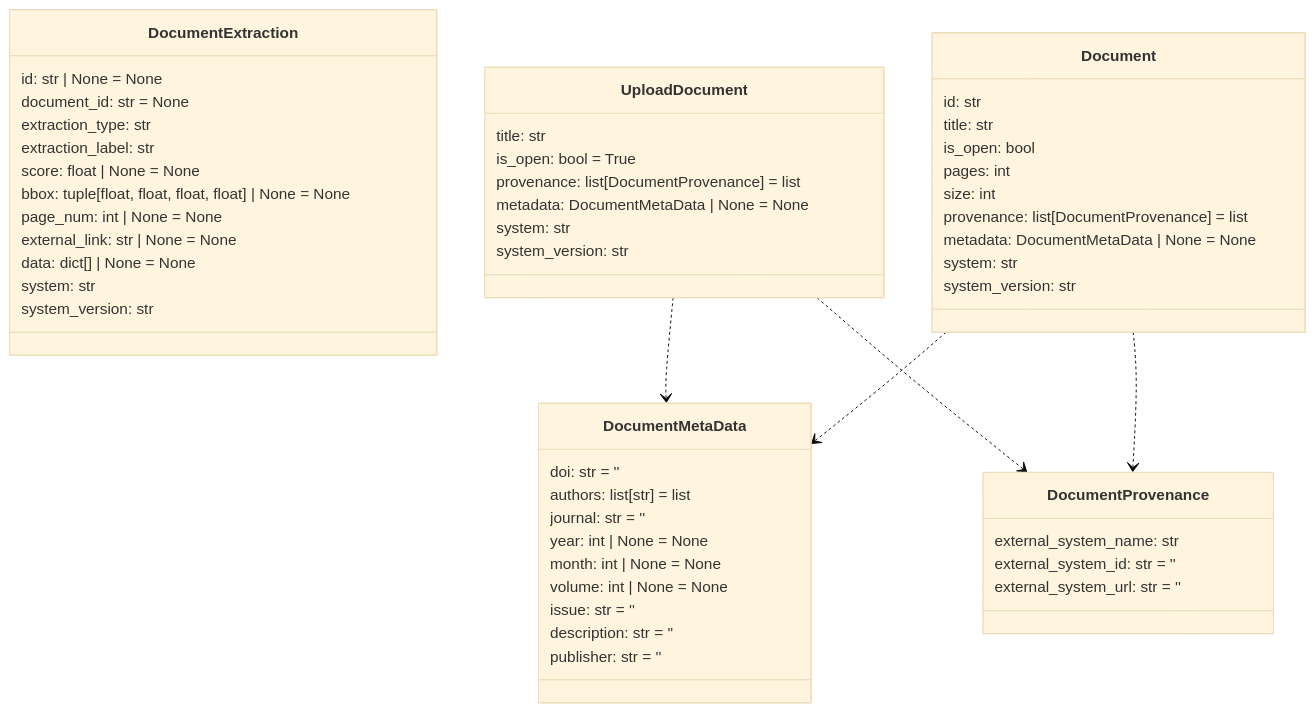
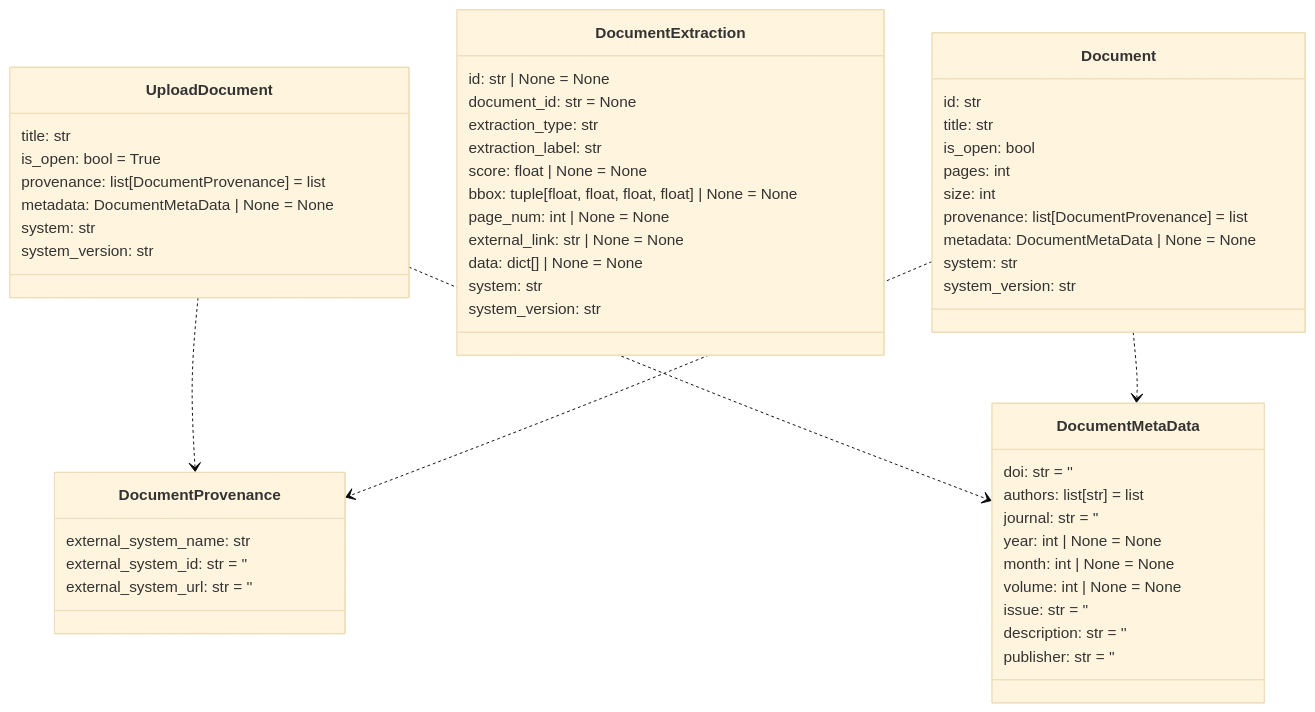
Before and after one commit to DARPA-CRITICALMAAS/cdr_schemas: the ninth of 14 diagrams in README.md, drawn with Mermaid (base theme). The commit also changed other lines of this file and 1 other file, not shown here.

````diff
--- a/README.md
+++ b/README.md
@@ -695,63 +695,63 @@
 ```mermaid
 classDiagram
-
-    class DocumentExtraction {
-        id: str | None = None
-        document_id: str = None
-        extraction_type: str
-        extraction_label: str
-        score: float | None = None
-        bbox: tuple[float, float, float, float] | None = None
-        page_num: int | None = None
-        external_link: str | None = None
-        data: dict[] | None = None
-        system: str
-        system_version: str
-    }
 
     class DocumentMetaData {
         doi: str = ''
         authors: list[str] = list
         journal: str = ''
         year: int | None = None
         month: int | None = None
         volume: int | None = None
         issue: str = ''
         description: str = ''
         publisher: str = ''
     }
 
     class Document {
         id: str
         title: str
         is_open: bool
         pages: int
         size: int
         provenance: list[DocumentProvenance] = list
         metadata: DocumentMetaData | None = None
         system: str
         system_version: str
     }
 
-    class DocumentProvenance {
-        external_system_name: str
-        external_system_id: str = ''
-        external_system_url: str = ''
+    class DocumentExtraction {
+        id: str | None = None
+        document_id: str = None
+        extraction_type: str
+        extraction_label: str
+        score: float | None = None
+        bbox: tuple[float, float, float, float] | None = None
+        page_num: int | None = None
+        external_link: str | None = None
+        data: dict[] | None = None
+        system: str
+        system_version: str
     }
 
     class UploadDocument {
         title: str
         is_open: bool = True
         provenance: list[DocumentProvenance] = list
         metadata: DocumentMetaData | None = None
         system: str
         system_version: str
     }
 
+    class DocumentProvenance {
+        external_system_name: str
+        external_system_id: str = ''
+        external_system_url: str = ''
+    }
+
+    UploadDocument ..> DocumentProvenance
     UploadDocument ..> DocumentMetaData
-    UploadDocument ..> DocumentProvenance
+    Document ..> DocumentProvenance
     Document ..> DocumentMetaData
-    Document ..> DocumentProvenance
 
 
 ```
````
